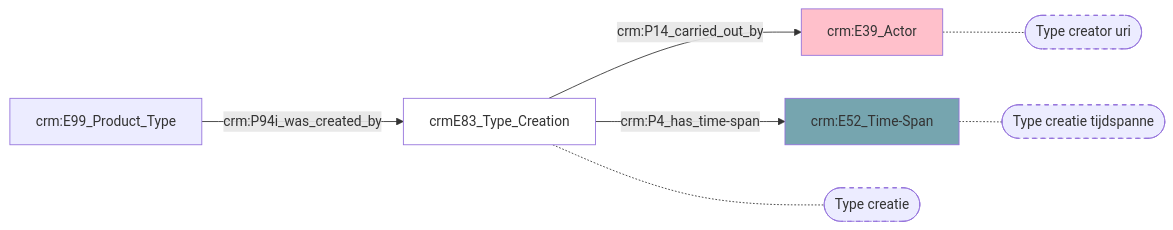
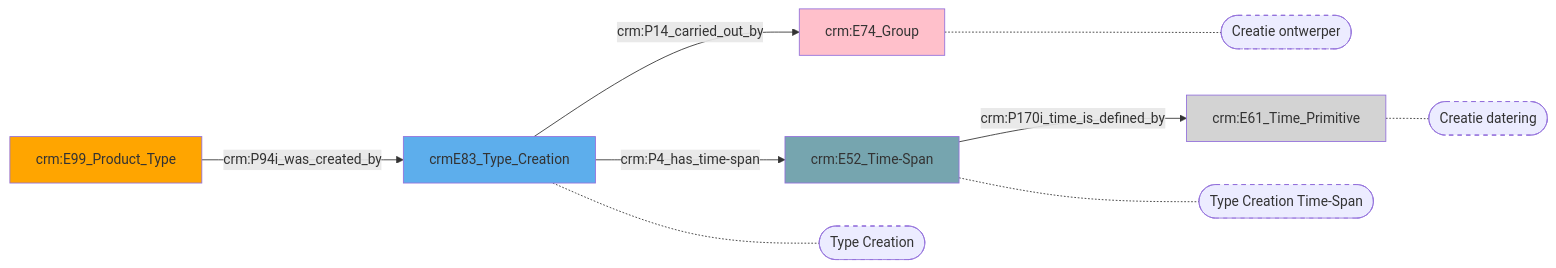
One commit to digipolisantwerpdocumentation/antwerp-cultureel-erfgoed changed the diagram in docs/content/modellen/ProductSeries/Creatie.md. Above: the diagram before and after it, drawn with Mermaid. The commit also changed 173 other files, not shown here.

````diff
--- a/docs/content/modellen/ProductSeries/Creatie.md
+++ b/docs/content/modellen/ProductSeries/Creatie.md
@@ -1,15 +1,20 @@
 ```mermaid
 graph LR
-24a98d4a-522c-11ee-bc5c-00163e71351b["crmE83_Type_Creation"]-->|"crm:P14_carried_out_by"|3e873424-522c-11ee-974d-00163e71351b["crm:E39_Actor"]
+24a98d4a-522c-11ee-bc5c-00163e71351b["crmE83_Type_Creation"]-->|"crm:P14_carried_out_by"|3e873424-522c-11ee-974d-00163e71351b["crm:E74_Group"]
 24a98d4a-522c-11ee-bc5c-00163e71351b["crmE83_Type_Creation"]-->|"crm:P4_has_time-span"|58e05d5a-522c-11ee-a9ac-00163e71351b["crm:E52_Time-Span"]
 4d27c45e-522b-11ee-974d-00163e71351b["crm:E99_Product_Type"]-->|"crm:P94i_was_created_by"|24a98d4a-522c-11ee-bc5c-00163e71351b["crmE83_Type_Creation"]
+58e05d5a-522c-11ee-a9ac-00163e71351b["crm:E52_Time-Span"]-->|"crm:P170i_time_is_defined_by"|62491f63-dc8a-11ee-8bff-960002548b4f["crm:E61_Time_Primitive"]
+3e873424-522c-11ee-974d-00163e71351b["crm:E74_Group"]-.-3e873424-522c-11ee-974d-00163e71351b_s(["Creatie ontwerper"])
+58e05d5a-522c-11ee-a9ac-00163e71351b["crm:E52_Time-Span"]-.-58e05d5a-522c-11ee-a9ac-00163e71351b_s(["Type Creation Time-Span"])
+24a98d4a-522c-11ee-bc5c-00163e71351b["crmE83_Type_Creation"]-.-24a98d4a-522c-11ee-bc5c-00163e71351b_s(["Type Creation"])
+62491f63-dc8a-11ee-8bff-960002548b4f["crm:E61_Time_Primitive"]-.-62491f63-dc8a-11ee-8bff-960002548b4f_s(["Creatie datering"])
 style 3e873424-522c-11ee-974d-00163e71351b_s stroke-dasharray: 5
 style 58e05d5a-522c-11ee-a9ac-00163e71351b_s stroke-dasharray: 5
 style 24a98d4a-522c-11ee-bc5c-00163e71351b_s stroke-dasharray: 5
-3e873424-522c-11ee-974d-00163e71351b["crm:E39_Actor"]-.-3e873424-522c-11ee-974d-00163e71351b_s(["Type creator uri"])
-58e05d5a-522c-11ee-a9ac-00163e71351b["crm:E52_Time-Span"]-.-58e05d5a-522c-11ee-a9ac-00163e71351b_s(["Type creatie tijdspanne"])
-24a98d4a-522c-11ee-bc5c-00163e71351b["crmE83_Type_Creation"]-.-24a98d4a-522c-11ee-bc5c-00163e71351b_s(["Type creatie"])
-style 24a98d4a-522c-11ee-bc5c-00163e71351b fill:#ffffff
+style 62491f63-dc8a-11ee-8bff-960002548b4f_s stroke-dasharray: 5
+style 24a98d4a-522c-11ee-bc5c-00163e71351b fill:#5DAEEC
 style 3e873424-522c-11ee-974d-00163e71351b fill:#ffc0cb
+style 4d27c45e-522b-11ee-974d-00163e71351b fill:#ffa500
 style 58e05d5a-522c-11ee-a9ac-00163e71351b fill:#76A5AF
+style 62491f63-dc8a-11ee-8bff-960002548b4f fill:#D3D3D3
 ```
````
